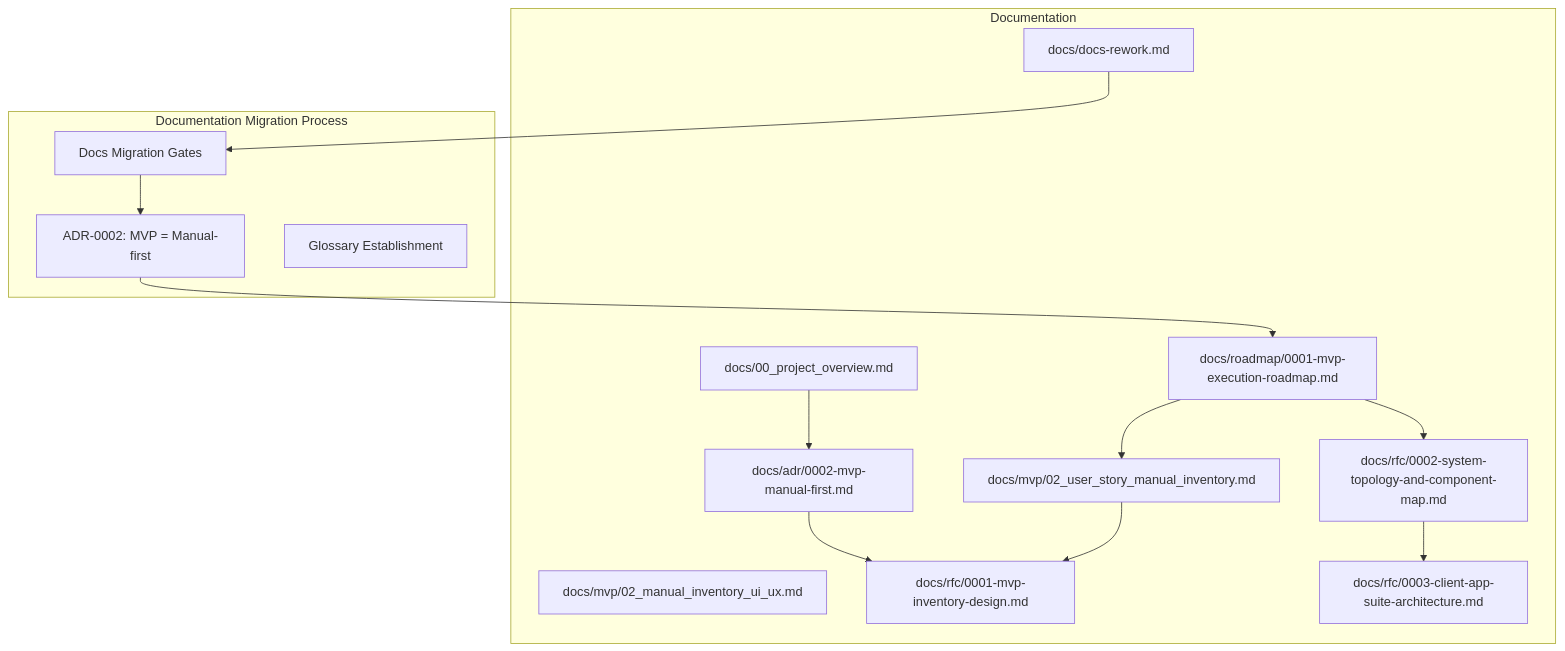
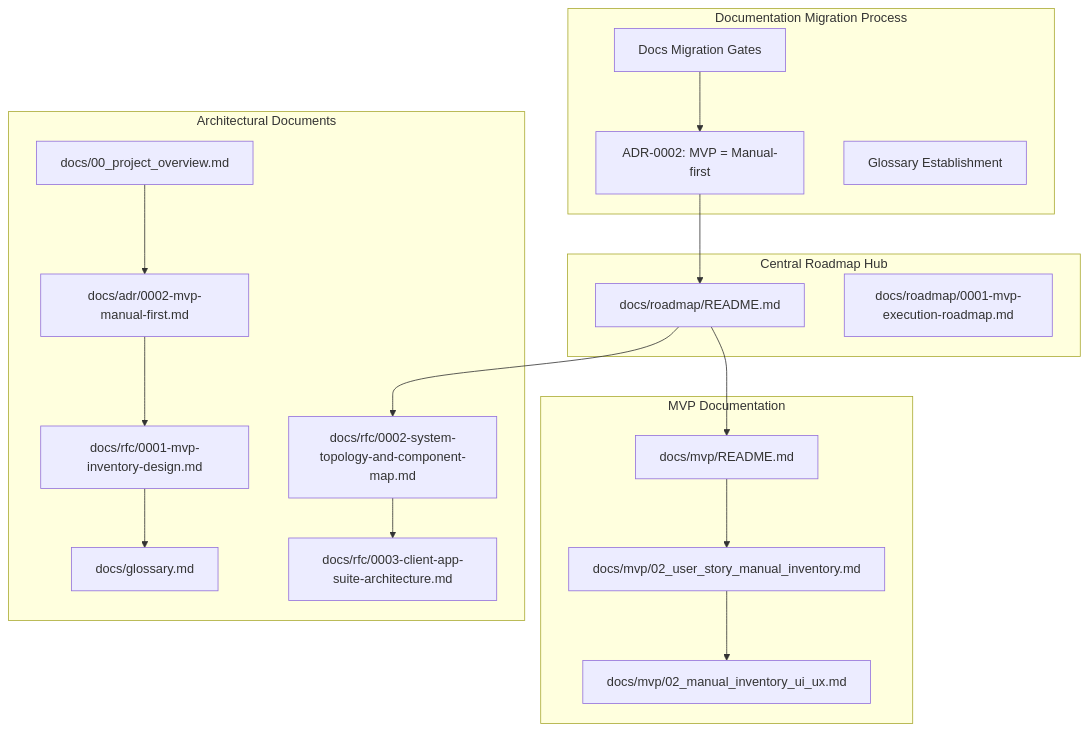
The first of 4 diagrams in .qoder/repowiki/en/content/Development Roadmap.md (asukhodko/timeskein), drawn with Mermaid before and after one commit. The commit also changed other lines of this file and 6 other files, not shown here.

````diff
--- a/.qoder/repowiki/en/content/Development Roadmap.md
+++ b/.qoder/repowiki/en/content/Development Roadmap.md
@@ -48,28 +53,35 @@
 ```mermaid
 graph TB
+subgraph "Central Roadmap Hub"
+R1["docs/roadmap/README.md"]
+R2["docs/roadmap/0001-mvp-execution-roadmap.md"]
+end
 subgraph "Documentation Migration Process"
 DM1["Docs Migration Gates"]
 DM2["ADR-0002: MVP = Manual-first"]
 DM3["Glossary Establishment"]
 end
-subgraph "Documentation"
-R1["docs/roadmap/0001-mvp-execution-roadmap.md"]
-U1["docs/mvp/02_user_story_manual_inventory.md"]
-U2["docs/mvp/02_manual_inventory_ui_ux.md"]
+subgraph "MVP Documentation"
+U1["docs/mvp/README.md"]
+U2["docs/mvp/02_user_story_manual_inventory.md"]
+U3["docs/mvp/02_manual_inventory_ui_ux.md"]
+end
+subgraph "Architectural Documents"
 ADR["docs/adr/0002-mvp-manual-first.md"]
 RFC1["docs/rfc/0001-mvp-inventory-design.md"]
 RFC2["docs/rfc/0002-system-topology-and-component-map.md"]
 RFC3["docs/rfc/0003-client-app-suite-architecture.md"]
 OVER["docs/00_project_overview.md"]
-REWORK["docs/docs-rework.md"]
+GLOSS["docs/glossary.md"]
 end
 DM1 --> DM2
 DM2 --> R1
 R1 --> U1
+U1 --> U2
+U2 --> U3
 R1 --> RFC2
-U1 --> RFC1
 RFC2 --> RFC3
 ADR --> RFC1
 OVER --> ADR
-REWORK --> DM1
+RFC1 --> GLOSS
 ```
````
